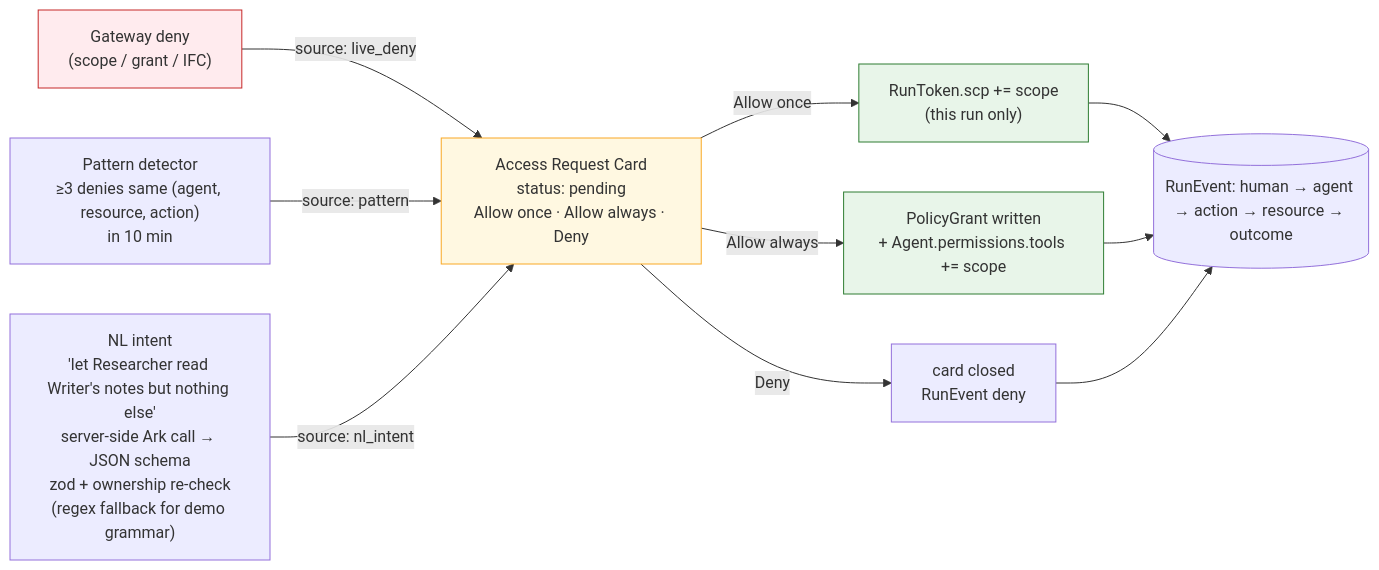
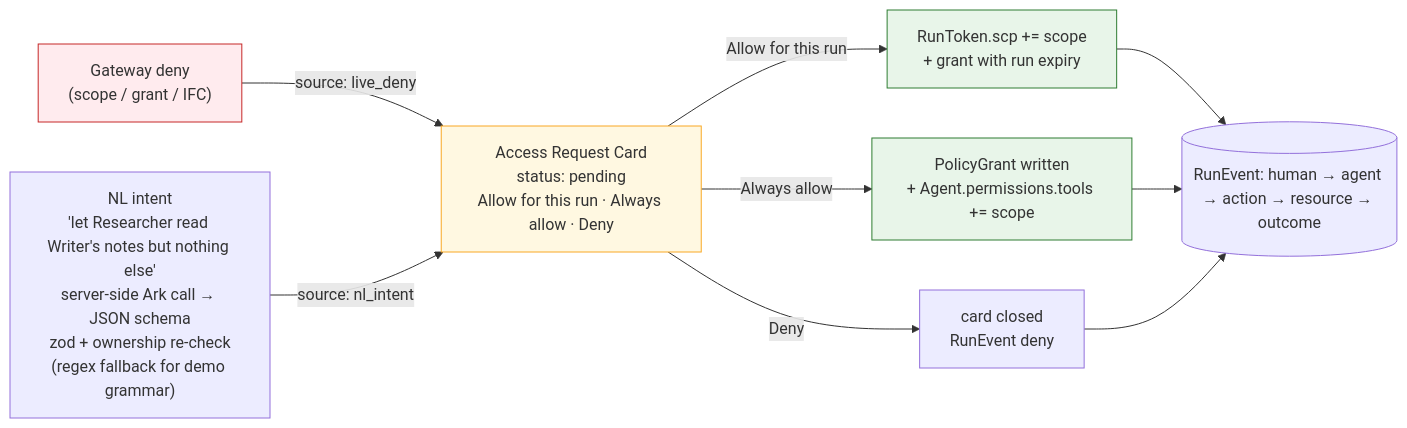
Before and after one commit to jeanyang04/TikTokJam-2026: the fifth of 10 diagrams in docs/DIAGRAMS.md, drawn with Mermaid. The commit also changed other lines of this file and 3 other files, not shown here.

````diff
--- a/docs/DIAGRAMS.md
+++ b/docs/DIAGRAMS.md
@@ -214,18 +214,17 @@
 ```mermaid
 flowchart LR
     D["Gateway deny<br/>(scope / grant / IFC)"] -- "source: live_deny" --> CARD
-    P["Pattern detector<br/>≥3 denies same (agent, resource, action)<br/>in 10 min"] -- "source: pattern" --> CARD
     N["NL intent<br/>'let Researcher read Writer's notes but nothing else'<br/>server-side Ark call → JSON schema<br/>zod + ownership re-check<br/>(regex fallback for demo grammar)"] -- "source: nl_intent" --> CARD
 
-    CARD["Access Request Card<br/>status: pending<br/>Allow once · Allow always · Deny"]
+    CARD["Access Request Card<br/>status: pending<br/>Allow for this run · Always allow · Deny"]
 
-    CARD -- "Allow once" --> ONCE["RunToken.scp += scope<br/>(this run only)"]
-    CARD -- "Allow always" --> ALWAYS["PolicyGrant written<br/>+ Agent.permissions.tools += scope"]
+    CARD -- "Allow for this run" --> ONCE["RunToken.scp += scope<br/>+ grant with run expiry"]
+    CARD -- "Always allow" --> ALWAYS["PolicyGrant written<br/>+ Agent.permissions.tools += scope"]
     CARD -- "Deny" --> DENY["card closed<br/>RunEvent deny"]
     ONCE & ALWAYS & DENY --> EV[("RunEvent: human → agent → action → resource → outcome")]
 
     style D fill:#ffebee,stroke:#c62828
     style CARD fill:#fff8e1,stroke:#f9a825
     style ALWAYS fill:#e8f5e9,stroke:#2e7d32
     style ONCE fill:#e8f5e9,stroke:#2e7d32
 ```
````
